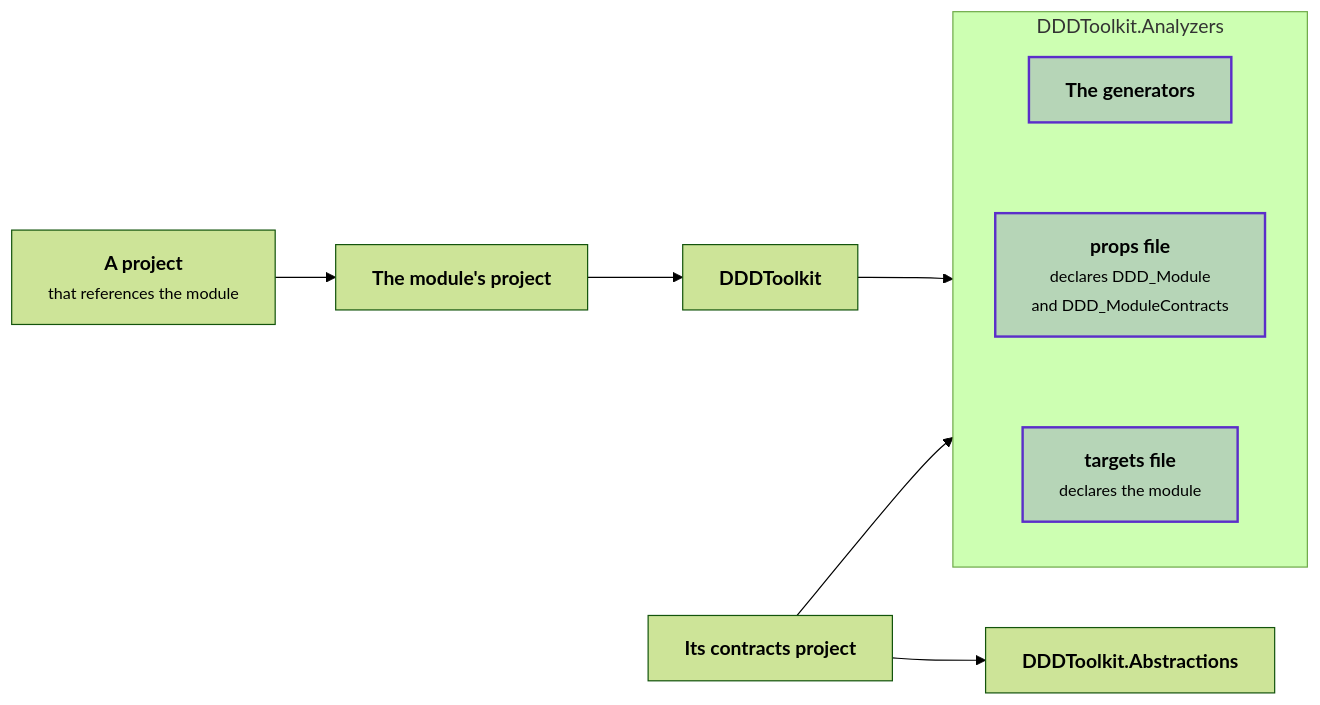
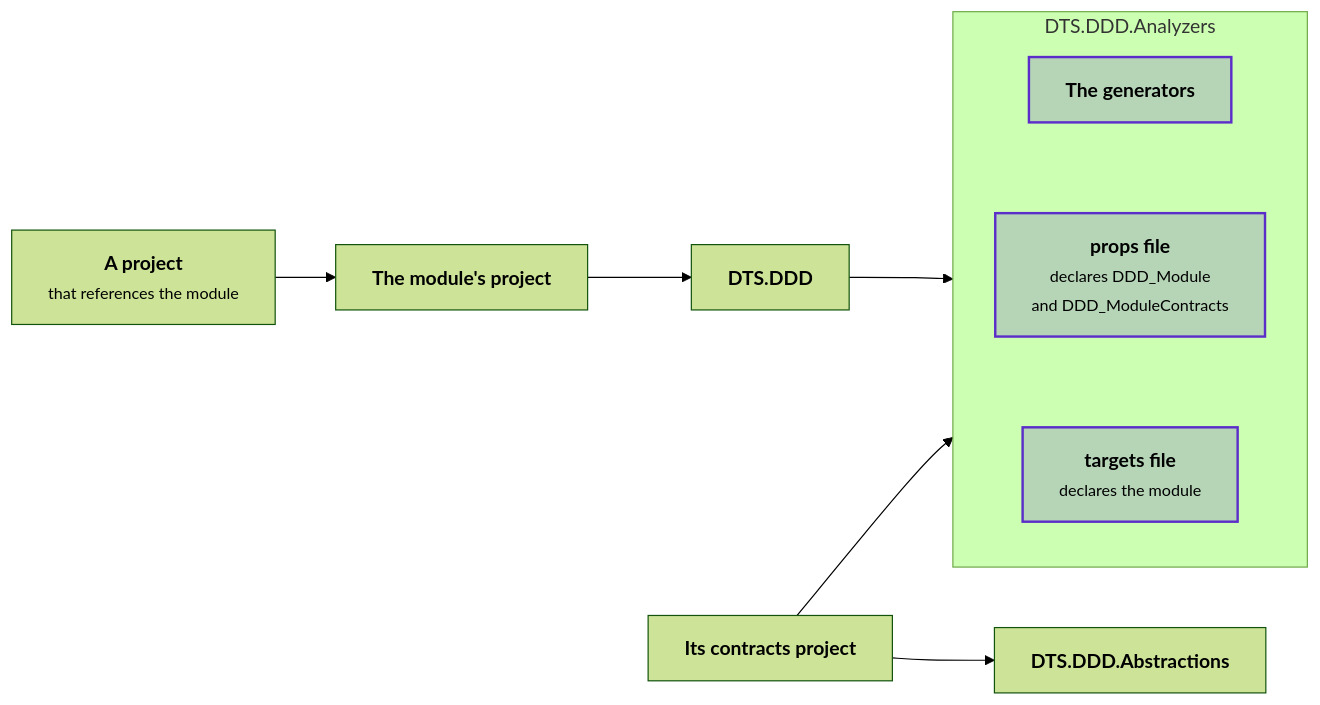
The fifth of 5 diagrams in docs/modules.md (DylanSnel/DDDToolkit), drawn with Mermaid (forest theme) before and after one commit. The commit also changed other lines of this file and 2190 other files, not shown here.

First line of the commit message:
The core becomes DTS.DDD, published as DylansTechStack.DDD

````diff
--- a/docs/modules.md
+++ b/docs/modules.md
@@ -893,14 +893,14 @@
 ```mermaid
 flowchart LR
     host["<b>A project</b><br/><small>that references the module</small>"] --> module["<b>The module's project</b>"]
-    module --> core["<b>DDDToolkit</b>"]
+    module --> core["<b>DTS.DDD</b>"]
     core --> analyzers
-    contracts["<b>Its contracts project</b>"] --> abstractions["<b>DDDToolkit.Abstractions</b>"]
+    contracts["<b>Its contracts project</b>"] --> abstractions["<b>DTS.DDD.Abstractions</b>"]
     contracts --> analyzers
-    subgraph analyzers ["DDDToolkit.Analyzers"]
+    subgraph analyzers ["DTS.DDD.Analyzers"]
         direction TB
         generators["<b>The generators</b>"] ~~~ props["<b>props file</b><br/><small>declares DDD_Module<br/>and DDD_ModuleContracts</small>"] ~~~ targets["<b>targets file</b><br/><small>declares the module</small>"]
     end
     classDef strong fill:#5b2ec933,stroke:#5b2ec9,stroke-width:2px
     class generators,props,targets strong
 ```
````
